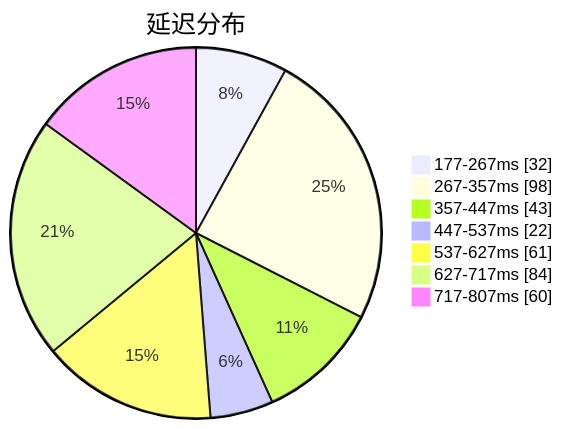
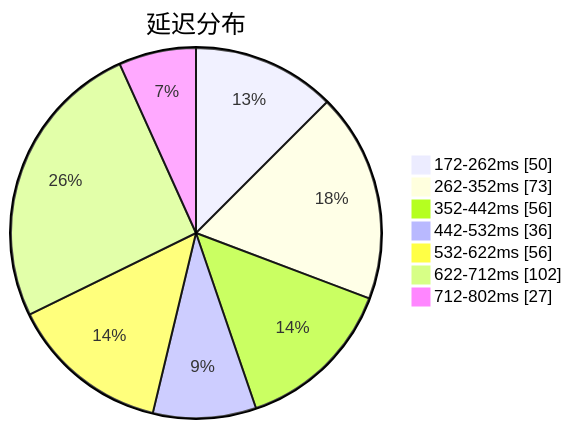
One commit to qjlxg/airport changed the first of 3 diagrams in subs/statistics/tested_within.md. Above: the diagram before and after it, drawn with Mermaid. The commit also changed other lines of this file and 2 other files, not shown here.

````diff
--- a/subs/statistics/tested_within.md
+++ b/subs/statistics/tested_within.md
@@ -2,11 +2,11 @@
 ```mermaid
 pie showData
 title 延迟分布
-"177-267ms" : 32
-"267-357ms" : 98
-"357-447ms" : 43
-"447-537ms" : 22
-"537-627ms" : 61
-"627-717ms" : 84
-"717-807ms" : 60
+"172-262ms" : 50
+"262-352ms" : 73
+"352-442ms" : 56
+"442-532ms" : 36
+"532-622ms" : 56
+"622-712ms" : 102
+"712-802ms" : 27
 ```
````
